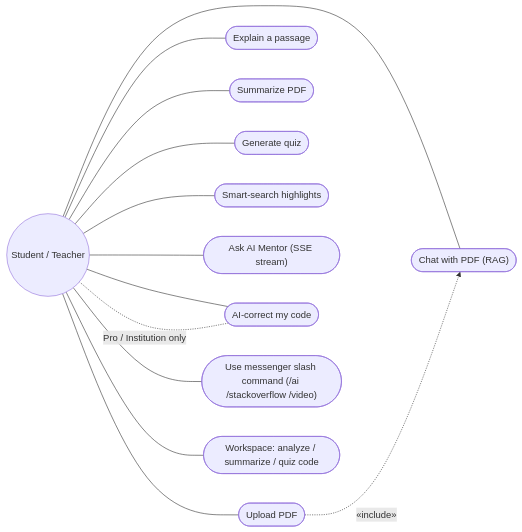
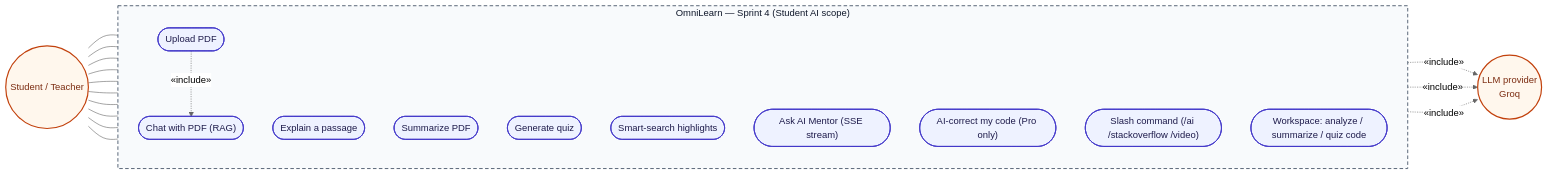
Before and after one commit to MaizaAymen/OmniLearn: the third of 16 diagrams in docs/08_chapitre6_sprint4.md, drawn with Mermaid. The commit also changed other lines of this file and 3 other files, not shown here.

````diff
--- a/docs/08_chapitre6_sprint4.md
+++ b/docs/08_chapitre6_sprint4.md
@@ -132,27 +152,40 @@
 ```mermaid
+%%{init: {"theme":"neutral"} }%%
 flowchart LR
-  S((Student / Teacher))
-  Up(["Upload PDF"])
-  Ask(["Chat with PDF (RAG)"])
-  Exp(["Explain a passage"])
-  Sum(["Summarize PDF"])
-  Quiz(["Generate quiz"])
-  Search(["Smart-search highlights"])
-  Mentor(["Ask AI Mentor (SSE stream)"])
-  Correct(["AI-correct my code"])
-  Slash(["Use messenger slash command (/ai /stackoverflow /video)"])
-  WS(["Workspace: analyze / summarize / quiz code"])
+  classDef actor fill:#fff7ed,stroke:#c2410c,stroke-width:2px,color:#7c2d12
+  classDef uc    fill:#eef2ff,stroke:#4338ca,stroke-width:1.5px,color:#1e1b4b
+  classDef sys   fill:#f8fafc,stroke:#475569,stroke-width:1.5px,stroke-dasharray:6 4,color:#0f172a
 
-  S --- Up
-  S --- Ask
-  S --- Exp
-  S --- Sum
-  S --- Quiz
-  S --- Search
-  S --- Mentor
-  S --- Correct
-  S --- Slash
-  S --- WS
-  Up -. "&laquo;include&raquo;" .-> Ask
-  Correct -. "Pro / Institution only" .- S
+  Stu((Student / Teacher)):::actor
+  AI((LLM provider\nGroq)):::actor
+
+  subgraph Sys["OmniLearn — Sprint 4 (Student AI scope)"]
+    direction TB
+    Up(["Upload PDF"]):::uc
+    Ask(["Chat with PDF (RAG)"]):::uc
+    Exp(["Explain a passage"]):::uc
+    Sum(["Summarize PDF"]):::uc
+    Quiz(["Generate quiz"]):::uc
+    Search(["Smart-search highlights"]):::uc
+    Mentor(["Ask AI Mentor (SSE stream)"]):::uc
+    Correct(["AI-correct my code (Pro only)"]):::uc
+    Slash(["Slash command (/ai /stackoverflow /video)"]):::uc
+    WS(["Workspace: analyze / summarize / quiz code"]):::uc
+  end
+  class Sys sys
+
+  Stu --- Up
+  Stu --- Ask
+  Stu --- Exp
+  Stu --- Sum
+  Stu --- Quiz
+  Stu --- Search
+  Stu --- Mentor
+  Stu --- Correct
+  Stu --- Slash
+  Stu --- WS
+  Up -. "«include»" .-> Ask
+  Ask -. "«include»" .-> AI
+  Mentor -. "«include»" .-> AI
+  Correct -. "«include»" .-> AI
 ```
````
